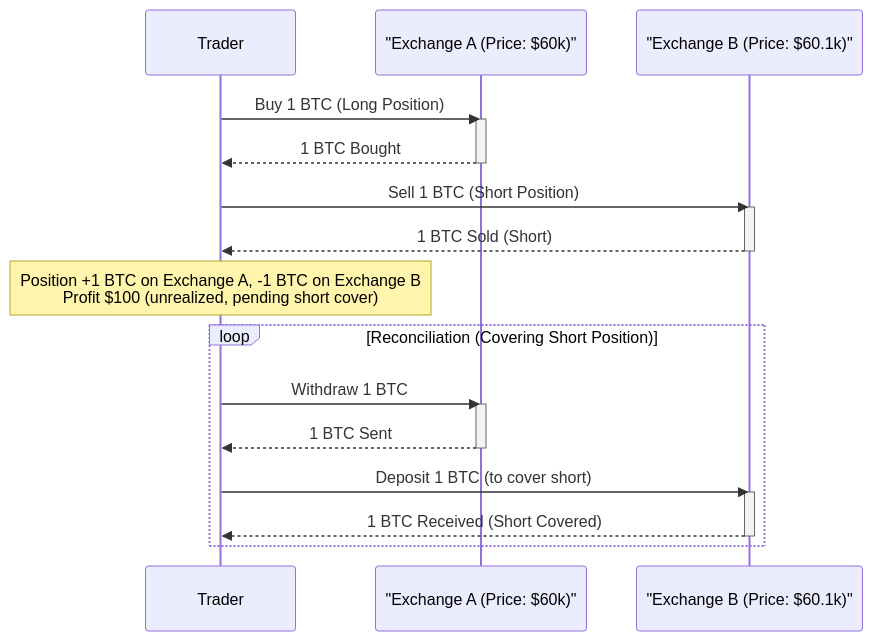
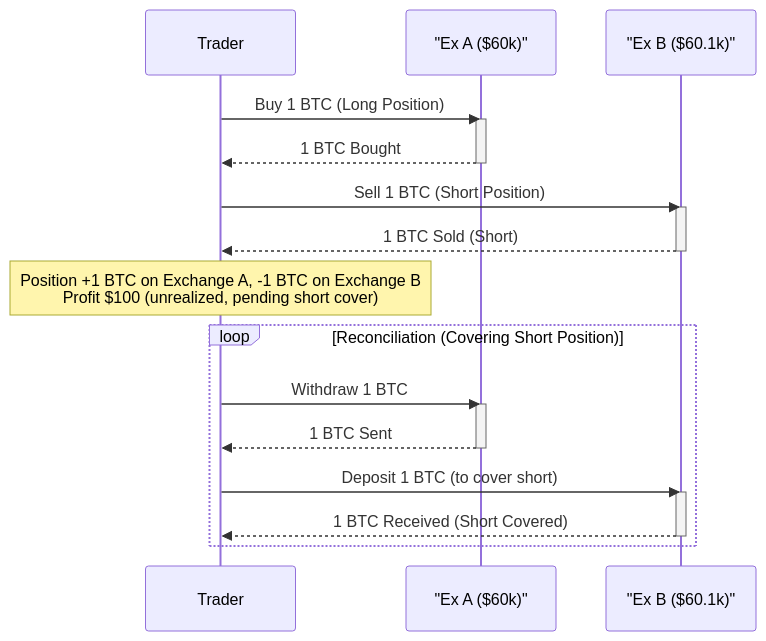
The first of 5 diagrams in content/articles/arbitrage.md (yongkangc/portfolio), drawn with Mermaid before and after one commit. The commit also changed 1 other file, not shown here.

Commit message:
Refactor arbitrage article diagrams and adjust CSS font size for better readability
- Simplified participant labels in the Mermaid sequence diagram for clarity.
- Updated note formatting in the diagram to enhance readability.
- Reduced font size in article content CSS for improved text presentation.

````diff
--- a/content/articles/arbitrage.md
+++ b/content/articles/arbitrage.md
@@ -97,30 +97,30 @@
 ```mermaid
 sequenceDiagram
     participant Trader
-    participant A as "Exchange A (Price: $60k)"
-    participant B as "Exchange B (Price: $60.1k)"
+    participant A as "Ex A ($60k)"
+    participant B as "Ex B ($60.1k)"
 
     Trader->>A: Buy 1 BTC (Long Position)
     activate A
     A-->>Trader: 1 BTC Bought
     deactivate A
 
     Trader->>B: Sell 1 BTC (Short Position)
     activate B
     B-->>Trader: 1 BTC Sold (Short)
     deactivate B
 
-    Note over Trader: Position +1 BTC on Exchange A, -1 BTC on Exchange B<br/>Profit $100 (unrealized, pending short cover)
+    Note over Trader: Position +1 BTC on Exchange A, -1 BTC on Exchange B<br>Profit $100 (unrealized, pending short cover)
 
     loop Reconciliation (Covering Short Position)
         Trader->>A: Withdraw 1 BTC
         activate A
         A-->>Trader: 1 BTC Sent
         deactivate A
 
         Trader->>B: Deposit 1 BTC (to cover short)
         activate B
         B-->>Trader: 1 BTC Received (Short Covered)
         deactivate B
     end
 ```
````
